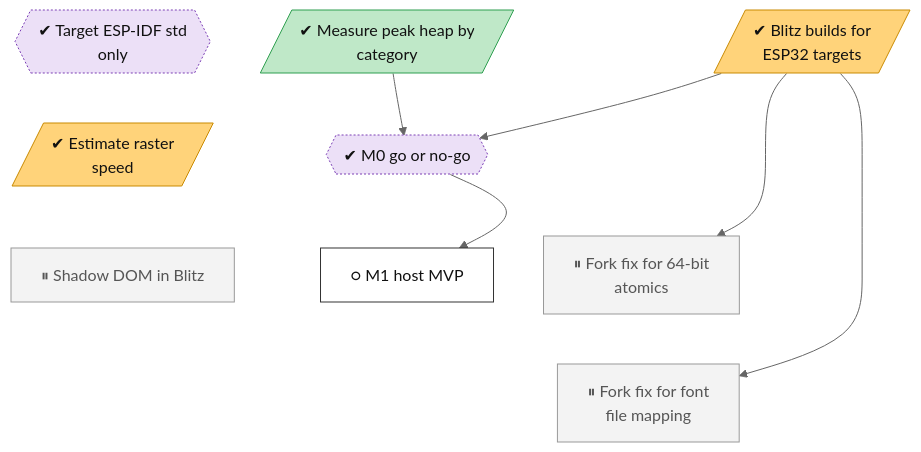
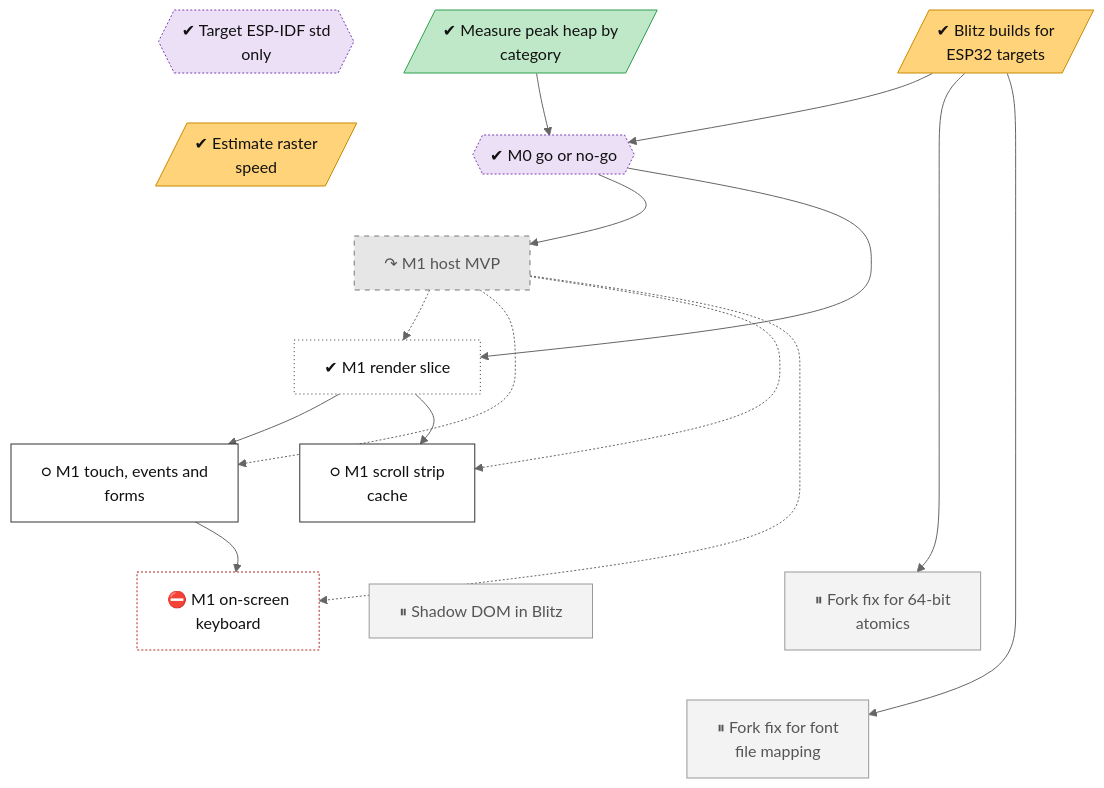
The diagram in docs/roadmap/tracks/eng.md (lhns/embedded-browser), drawn with Mermaid (neutral theme) before and after one commit. The commit also changed other lines of this file and 35 other files, not shown here.

First line of the commit message:
M1 slice 1: core render API, simulator, goldens, Chromium references, heap-cap gate (#9)

````diff
--- a/docs/roadmap/tracks/eng.md
+++ b/docs/roadmap/tracks/eng.md
@@ -10,45 +10,65 @@
 ```mermaid
 flowchart TB
     eng_std_only_esp_idf{{"✔ Target ESP-IDF std<br/>only"}}
     eng_blitz_builds_esp[/"✔ Blitz builds for<br/>ESP32 targets"/]
     eng_peak_heap[/"✔ Measure peak heap by<br/>category"/]
     eng_raster_estimate[/"✔ Estimate raster<br/>speed"/]
     eng_m0_go_no_go{{"✔ M0 go or no-go"}}
-    eng_m1_host_mvp["○ M1 host MVP"]
+    eng_m1_host_mvp["↷ M1 host MVP"]
+    eng_m1_render["✔ M1 render slice"]
+    eng_m1_touch_events_forms["○ M1 touch, events and<br/>forms"]
+    eng_m1_scroll_strip_cache["○ M1 scroll strip<br/>cache"]
+    eng_m1_onscreen_keyboard["⛔ M1 on-screen<br/>keyboard"]
     eng_shadow_dom_upstream["⏸ Shadow DOM in Blitz"]
     eng_fork_atomic_u64["⏸ Fork fix for 64-bit<br/>atomics"]
     eng_fork_memmap_shim["⏸ Fork fix for font<br/>file mapping"]
     eng_std_only_esp_idf ~~~ eng_raster_estimate
     eng_blitz_builds_esp ~~~ eng_m0_go_no_go
     eng_peak_heap ~~~ eng_m0_go_no_go
     eng_raster_estimate ~~~ eng_m1_host_mvp
-    eng_m0_go_no_go ~~~ eng_shadow_dom_upstream
-    eng_m0_go_no_go ~~~ eng_fork_atomic_u64
-    eng_m1_host_mvp ~~~ eng_fork_memmap_shim
+    eng_m0_go_no_go ~~~ eng_m1_host_mvp
+    eng_m1_host_mvp ~~~ eng_m1_render
+    eng_m1_render ~~~ eng_m1_touch_events_forms
+    eng_m1_render ~~~ eng_m1_scroll_strip_cache
+    eng_m1_touch_events_forms ~~~ eng_m1_onscreen_keyboard
+    eng_m1_scroll_strip_cache ~~~ eng_shadow_dom_upstream
+    eng_m1_scroll_strip_cache ~~~ eng_fork_atomic_u64
+    eng_m1_onscreen_keyboard ~~~ eng_fork_memmap_shim
     eng_shadow_dom_upstream ~~~ eng_fork_memmap_shim
     eng_fork_atomic_u64 ~~~ eng_fork_memmap_shim
     eng_blitz_builds_esp --> eng_m0_go_no_go
     eng_peak_heap --> eng_m0_go_no_go
     eng_m0_go_no_go --> eng_m1_host_mvp
+    eng_m1_host_mvp -.-> eng_m1_render
+    eng_m1_host_mvp -.-> eng_m1_touch_events_forms
+    eng_m1_host_mvp -.-> eng_m1_scroll_strip_cache
+    eng_m1_host_mvp -.-> eng_m1_onscreen_keyboard
+    eng_m0_go_no_go --> eng_m1_render
+    eng_m1_render --> eng_m1_touch_events_forms
+    eng_m1_render --> eng_m1_scroll_strip_cache
+    eng_m1_touch_events_forms --> eng_m1_onscreen_keyboard
     eng_blitz_builds_esp --> eng_fork_atomic_u64
     eng_blitz_builds_esp --> eng_fork_memmap_shim
     classDef vsucc fill:#2e9e4f,stroke:#1b6b34,color:#fff
     classDef succ fill:#bfe8c8,stroke:#2e9e4f,color:#111
     classDef mixed fill:#ffd37a,stroke:#c98a00,color:#111
     classDef bad fill:#f28b82,stroke:#b3261e,color:#111
     classDef dead fill:#e6e6e6,stroke:#777,stroke-dasharray:5 5,color:#555
     classDef inprog fill:#a8cdf5,stroke:#1f6fc5,color:#111
     classDef next fill:#fff,stroke:#333,color:#111
     classDef blocked fill:#fff,stroke:#b3261e,stroke-dasharray:2 2,color:#111
     classDef parked fill:#f3f3f3,stroke:#999,color:#555
     classDef unrated fill:#fff,stroke:#333,stroke-dasharray:1 3,color:#111
     classDef gate fill:#d9c2f0,stroke:#7b3fb5,color:#111
     classDef decided fill:#ece0f7,stroke:#7b3fb5,stroke-dasharray:2 2,color:#111
     classDef finding fill:#ffe0b2,stroke:#d84315,stroke-width:2px,color:#111
     classDef waiting fill:#e3f2fd,stroke:#1f6fc5,stroke-dasharray:5 5,color:#111
     class eng_std_only_esp_idf,eng_m0_go_no_go decided
     class eng_blitz_builds_esp,eng_raster_estimate mixed
     class eng_peak_heap succ
-    class eng_m1_host_mvp next
+    class eng_m1_host_mvp dead
+    class eng_m1_render unrated
+    class eng_m1_touch_events_forms,eng_m1_scroll_strip_cache next
+    class eng_m1_onscreen_keyboard blocked
     class eng_shadow_dom_upstream,eng_fork_atomic_u64,eng_fork_memmap_shim parked
 ```
````
